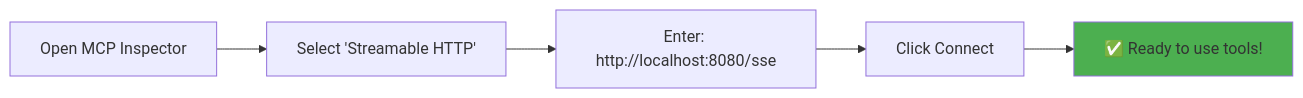
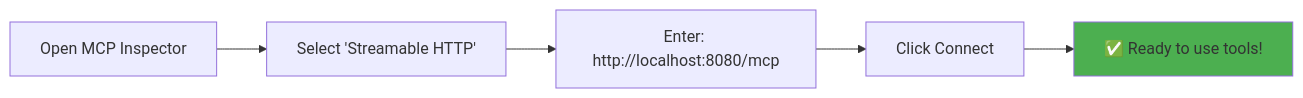
The fifth of 6 diagrams in README.md (mrsameer/mcp_stateful_tool_java), drawn with Mermaid before and after one commit. The commit also changed other lines of this file and 13 other files, not shown here.

First line of the commit message:
Migrate to MCP Streamable HTTP transport and clean up outdated code

````diff
--- a/README.md
+++ b/README.md
@@ -200,9 +202,9 @@
 ```mermaid
 graph LR
     A[Open MCP Inspector] --> B[Select 'Streamable HTTP']
-    B --> C[Enter: http://localhost:8080/sse]
+    B --> C[Enter: http://localhost:8080/mcp]
     C --> D[Click Connect]
     D --> E[✅ Ready to use tools!]
     
     style E fill:#4caf50
 ```
````
